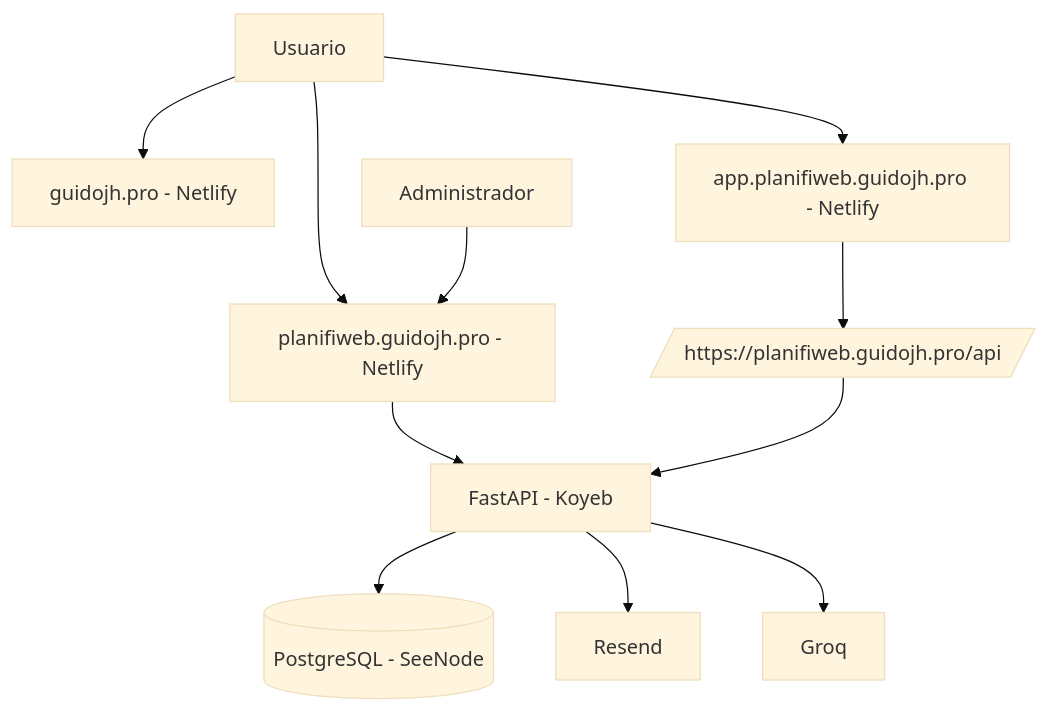
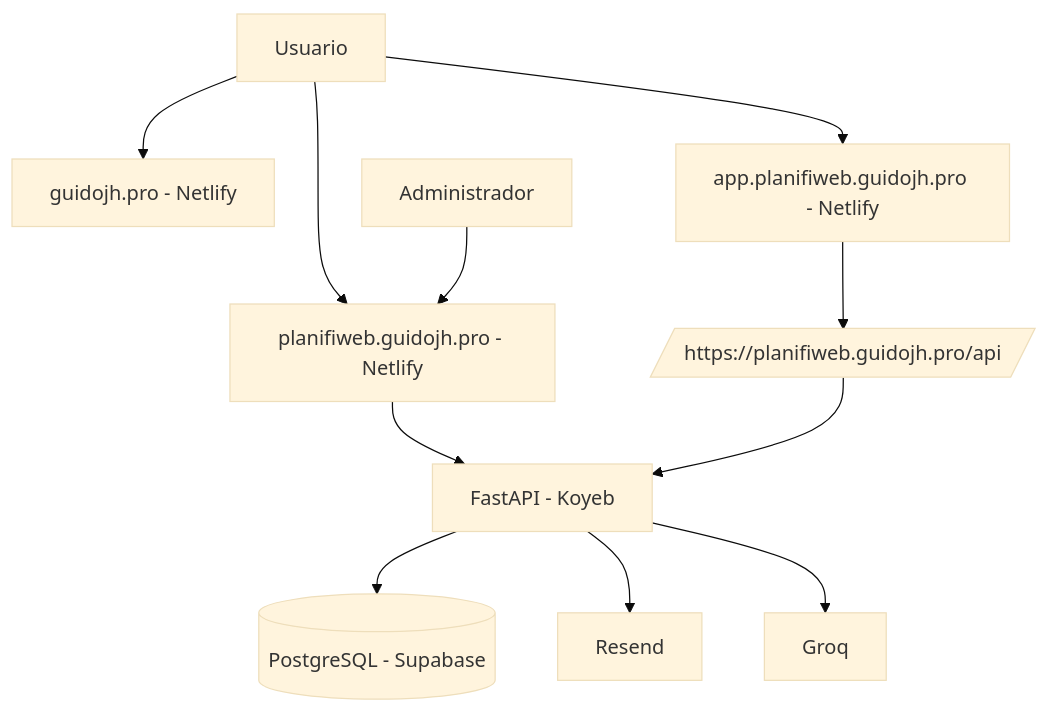
The diagram in DOCUMENTACION.md (GuidoCJH/planifiweb-gateway), drawn with Mermaid (base theme) before and after one commit. The commit also changed other lines of this file and 8 other files, not shown here.

````diff
--- a/DOCUMENTACION.md
+++ b/DOCUMENTACION.md
@@ -17,13 +17,13 @@
 ```mermaid
 graph TD
     U[Usuario] --> HUB[guidojh.pro - Netlify]
     U --> GW[planifiweb.guidojh.pro - Netlify]
     U --> APP[app.planifiweb.guidojh.pro - Netlify]
     GW --> API[FastAPI - Koyeb]
     APP --> GWAPI[/https://planifiweb.guidojh.pro/api/]
     GWAPI --> API
-    API --> DB[(PostgreSQL - SeeNode)]
+    API --> DB[(PostgreSQL - Supabase)]
     API --> MAIL[Resend]
     API --> AI[Groq]
     ADMIN[Administrador] --> GW
 ```
````
